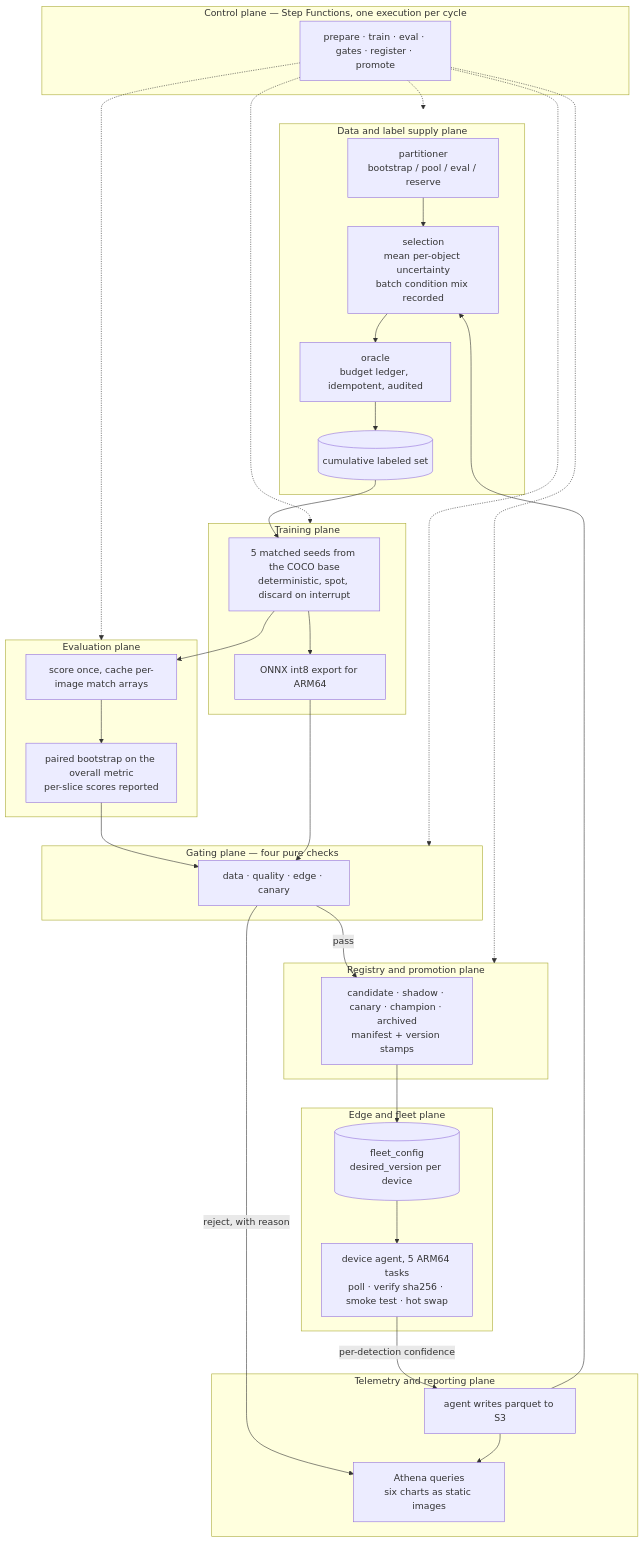
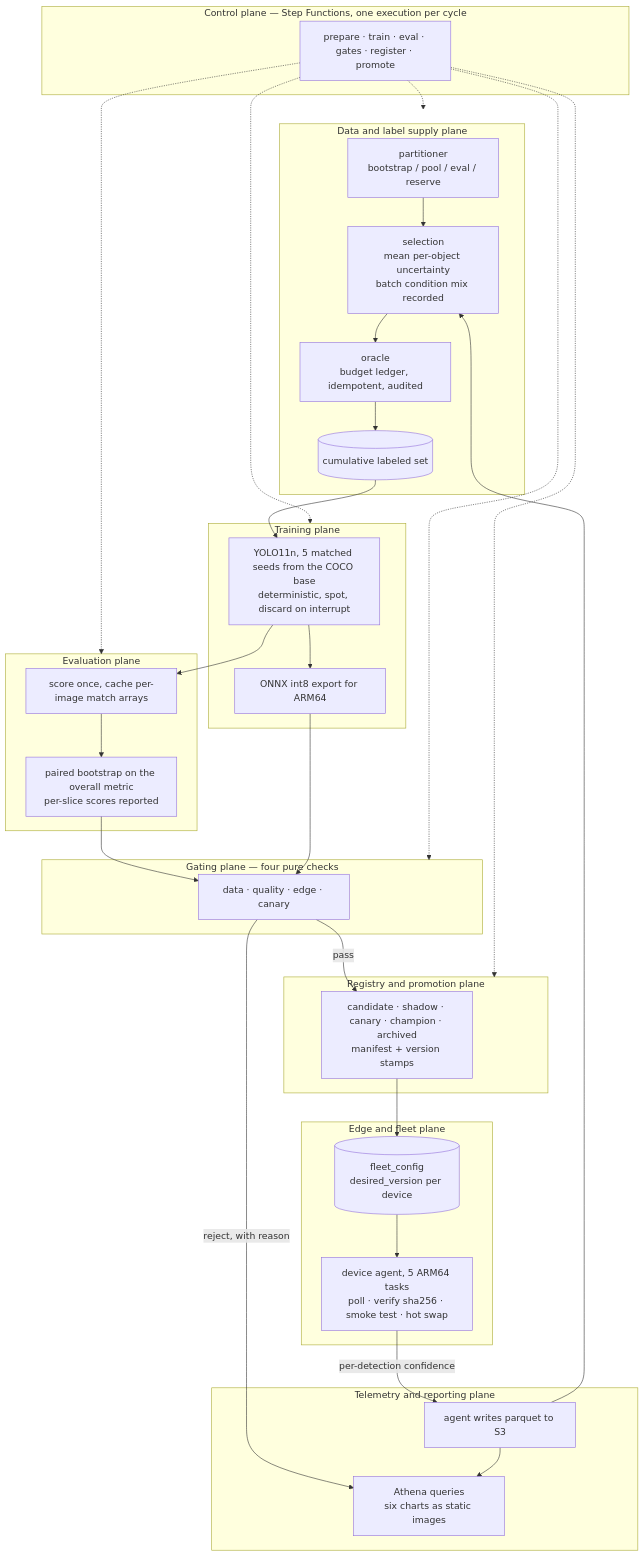
Before and after one commit to arnavnair220/edge-ml-flywheel: the diagram in docs/00-overview.md, drawn with Mermaid. The commit also changed other lines of this file and 2 other files, not shown here.

First line of the commit message:
Name YOLO11n where the base was unnamed, and cut the README to what a clone needs

````diff
--- a/docs/00-overview.md
+++ b/docs/00-overview.md
@@ -84,64 +84,64 @@
 ```mermaid
 flowchart TB
     subgraph CTRL["Control plane — Step Functions, one execution per cycle"]
         SFN["prepare · train · eval · gates · register · promote"]
     end
 
     subgraph DATA["Data and label supply plane"]
         PART["partitioner<br/>bootstrap / pool / eval / reserve"]
         SEL["selection<br/>mean per-object uncertainty<br/>batch condition mix recorded"]
         ORACLE["oracle<br/>budget ledger, idempotent, audited"]
         POOL[("cumulative labeled set")]
     end
 
     subgraph TRAIN["Training plane"]
-        SEEDS["5 matched seeds from the COCO base<br/>deterministic, spot, discard on interrupt"]
+        SEEDS["YOLO11n, 5 matched seeds from the COCO base<br/>deterministic, spot, discard on interrupt"]
         EXPORT["ONNX int8 export for ARM64"]
     end
 
     subgraph EVAL["Evaluation plane"]
         SCORE["score once, cache per-image match arrays"]
         BOOT["paired bootstrap on the overall metric<br/>per-slice scores reported"]
     end
 
     subgraph GATE["Gating plane — four pure checks"]
         G["data · quality · edge · canary"]
     end
 
     subgraph REG["Registry and promotion plane"]
         SM["candidate · shadow · canary · champion · archived<br/>manifest + version stamps"]
     end
 
     subgraph EDGE["Edge and fleet plane"]
         CFG[("fleet_config<br/>desired_version per device")]
         AGENT["device agent, 5 ARM64 tasks<br/>poll · verify sha256 · smoke test · hot swap"]
     end
 
     subgraph OBS["Telemetry and reporting plane"]
         TEL["agent writes parquet to S3"]
         DASH["Athena queries<br/>six charts as static images"]
     end
 
     PART --> SEL
     SEL --> ORACLE
     ORACLE --> POOL
     POOL --> SEEDS
     SEEDS --> SCORE
     SCORE --> BOOT
     BOOT --> G
     SEEDS --> EXPORT
     EXPORT --> G
     G -->|pass| SM
     G -->|"reject, with reason"| DASH
     SM --> CFG
     CFG --> AGENT
     AGENT -->|"per-detection confidence"| TEL
     TEL --> SEL
     TEL --> DASH
 
     SFN -.-> DATA
     SFN -.-> TRAIN
     SFN -.-> EVAL
     SFN -.-> GATE
     SFN -.-> REG
 ```
````
